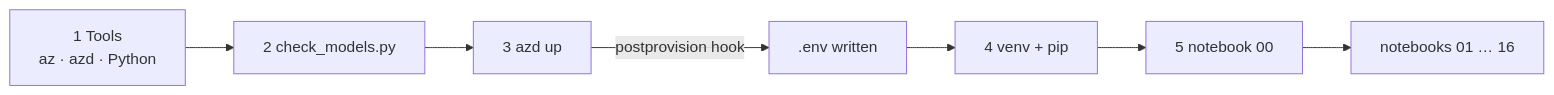
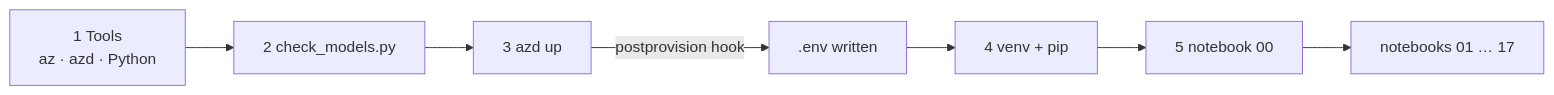
The first of 2 diagrams in docs/getting-started.md (nampacx/MS-Foundry-from-0-to-hero), drawn with Mermaid before and after one commit. The commit also changed other lines of this file and 30 other files, not shown here.

````diff
--- a/docs/getting-started.md
+++ b/docs/getting-started.md
@@ -17,9 +17,9 @@
 ```mermaid
 flowchart LR
   A[1 Tools<br/>az · azd · Python] --> B[2 check_models.py]
   B --> C[3 azd up]
   C -->|postprovision hook| D[.env written]
   D --> E[4 venv + pip]
   E --> F[5 notebook 00]
-  F --> G[notebooks 01 … 16]
+  F --> G[notebooks 01 … 17]
 ```
````
